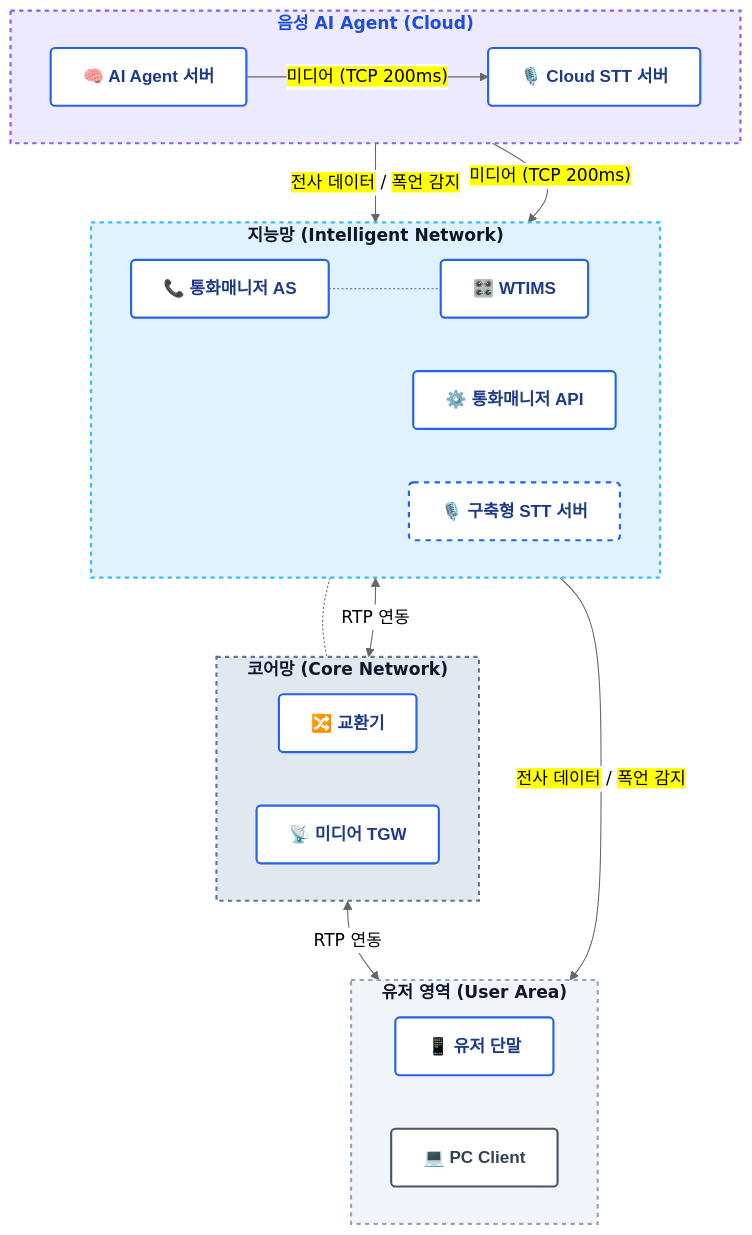
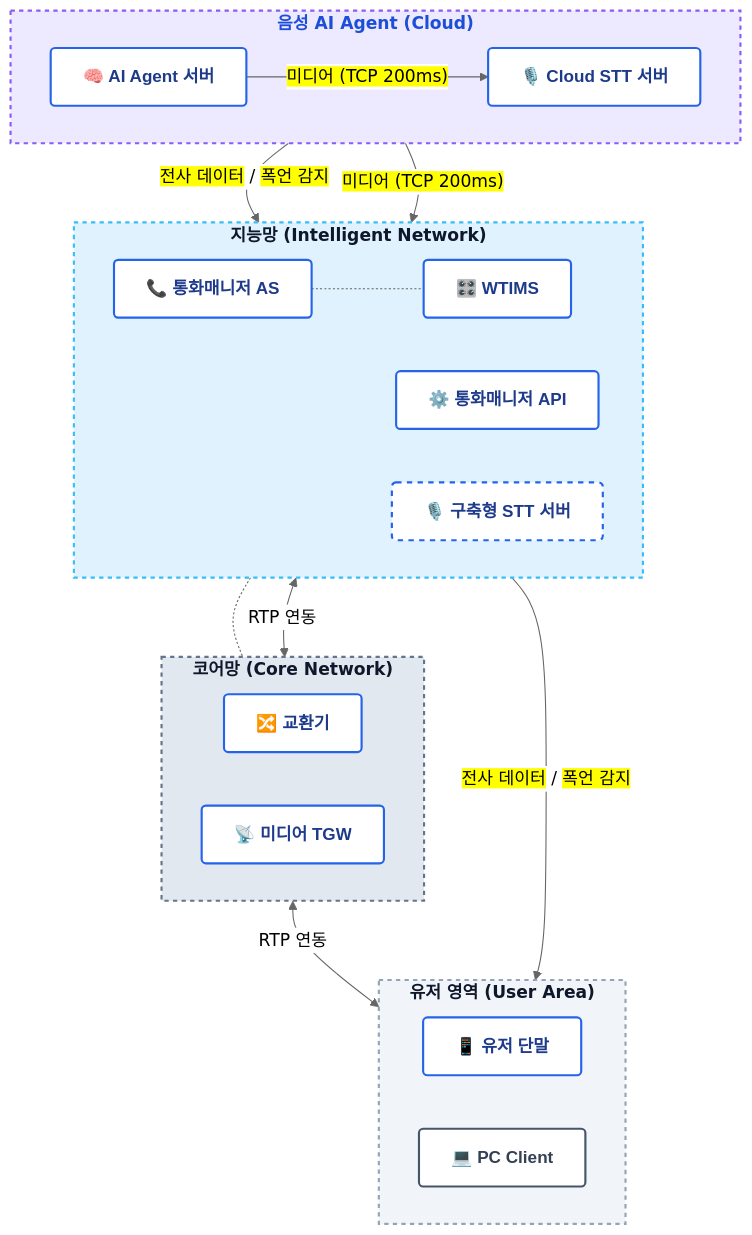
The diagram in docs/architecture/stt-agent-integration-hybrid-stt.md (hak023/sip_pbx), drawn with Mermaid (neutral theme) before and after one commit.

Commit message:
docs: force cloud agent to top rank with invisible layout links in hybrid stt

````diff
--- a/docs/architecture/stt-agent-integration-hybrid-stt.md
+++ b/docs/architecture/stt-agent-integration-hybrid-stt.md
@@ -4,61 +4,66 @@
 ```mermaid
 graph TD
     %% 스타일 정의 (블루 & 화이트 컨설팅 펌 테마)
     classDef default fill:#ffffff,stroke:#cbd5e1,stroke-width:1px,color:#334155,font-family:sans-serif;
     classDef layerBox fill:#f8fafc,stroke:#94a3b8,stroke-width:2px,stroke-dasharray: 4 4,color:#0f172a,font-weight:bold;
     classDef cloudBox fill:#eff6ff,stroke:#60a5fa,stroke-width:2px,stroke-dasharray: 4 4,color:#1d4ed8,font-weight:bold;
     classDef userLayer fill:#f1f5f9,stroke:#94a3b8,stroke-width:2px,stroke-dasharray: 4 4,color:#0f172a,font-weight:bold;
     classDef coreLayer fill:#e2e8f0,stroke:#64748b,stroke-width:2px,stroke-dasharray: 4 4,color:#0f172a,font-weight:bold;
     classDef intellLayer fill:#e0f2fe,stroke:#38bdf8,stroke-width:2px,stroke-dasharray: 4 4,color:#0f172a,font-weight:bold;
     classDef cloudLayer fill:#ede9fe,stroke:#8b5cf6,stroke-width:2px,stroke-dasharray: 4 4,color:#1d4ed8,font-weight:bold;
     classDef nodeBox fill:#ffffff,stroke:#2563eb,stroke-width:2px,color:#1e3a8a,font-weight:bold,rx:4px,ry:4px;
     classDef dashedNodeBox fill:#ffffff,stroke:#2563eb,stroke-width:2px,stroke-dasharray: 5 5,color:#1e3a8a,font-weight:bold,rx:4px,ry:4px;
     classDef clientBox fill:#ffffff,stroke:#475569,stroke-width:2px,color:#334155,font-weight:bold,rx:4px,ry:4px;
 
     %% 계층별 Subgraph (위에서 아래로 선언하여 레이아웃 고정)
     subgraph Cloud_Agent ["음성 AI Agent (Cloud)"]
         direction LR
         AIAgent["🧠 AI Agent 서버"]:::nodeBox
         CloudSTT["🎙️ Cloud STT 서버"]:::nodeBox
     end
 
     subgraph Intelligent_Network ["지능망 (Intelligent Network)"]
         direction LR
         CallManagerAS["📞 통화매니저 AS"]:::nodeBox
         WTIMS["🎛️ WTIMS"]:::nodeBox
         CallManagerAPI["⚙️ 통화매니저 API"]:::nodeBox
         STTServer["🎙️ 구축형 STT 서버"]:::dashedNodeBox
     end
 
     subgraph Core_Network ["코어망 (Core Network)"]
         direction LR
         Switch["🔀 교환기"]:::nodeBox
         MediaTGW["📡 미디어 TGW"]:::nodeBox
     end
 
     subgraph User_Area ["유저 영역 (User Area)"]
         direction LR
         UserTerminal["📱 유저 단말"]:::nodeBox
         PCClient["💻 PC Client"]:::clientBox
     end
 
     %% 핵심 연동선 및 RTP 연동
     AIAgent -->|"<mark>전사 데이터</mark> / <mark>폭언 감지</mark>"| CallManagerAPI
     AIAgent -->|"<mark>미디어 (TCP 200ms)</mark>"| CloudSTT
     AIAgent -->|"<mark>미디어 (TCP 200ms)</mark>"| STTServer
     CallManagerAPI -->|"<mark>전사 데이터</mark> / <mark>폭언 감지</mark>"| PCClient
     
     %% 제어 연동 (통화매니저AS)
     CallManagerAS -.- WTIMS
     CallManagerAS -.- Switch
     
     %% 미디어/RTP 연동
     WTIMS <-->|RTP 연동| MediaTGW
     MediaTGW <-->|RTP 연동| UserTerminal
+    
+    %% 레이아웃 강제 고정을 위한 투명 링크 (화면에 보이지 않음)
+    AIAgent ~~~ CallManagerAS
+    AIAgent ~~~ WTIMS
+    CallManagerAS ~~~ Switch
 
     %% 서브그래프 스타일 적용
     class User_Area userLayer;
     class Core_Network coreLayer;
     class Intelligent_Network intellLayer;
     class Cloud_Agent cloudLayer;
 ```
````
